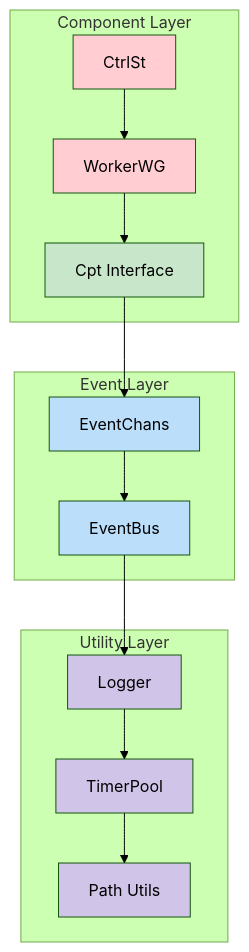
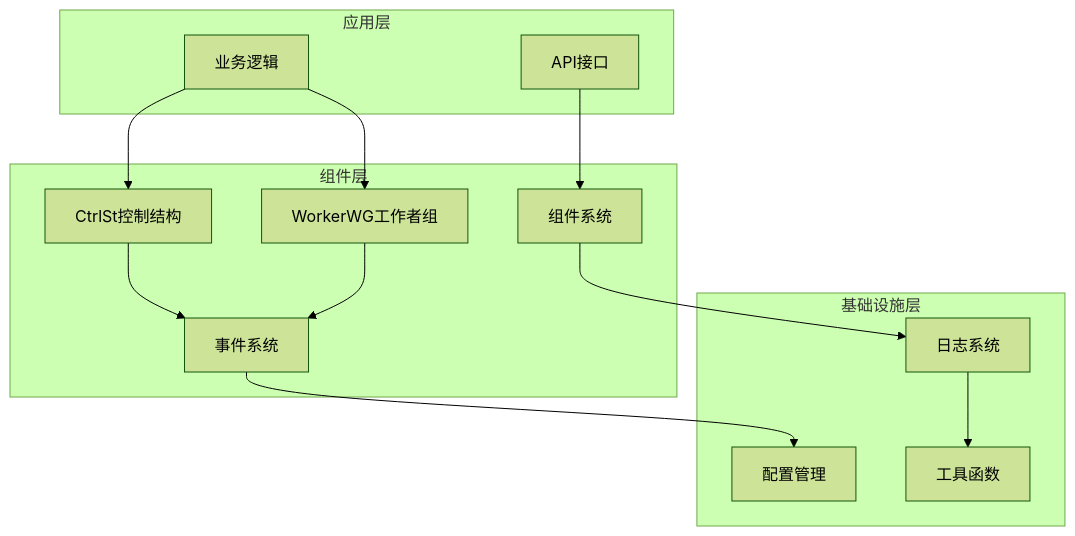
One commit to AdaMartin18010/common changed the second of 6 diagrams in GOLANG_COMMON_ARCHITECTURE_ANALYSIS_2025.md. Above: the diagram before and after it, drawn with Mermaid (forest theme). The commit also changed other lines of this file, not shown here.

````diff
--- a/GOLANG_COMMON_ARCHITECTURE_ANALYSIS_2025.md
+++ b/GOLANG_COMMON_ARCHITECTURE_ANALYSIS_2025.md
@@ -218,36 +249,29 @@
 ```mermaid
 graph TB
-    subgraph "Component Layer"
-        A[CtrlSt]
-        B[WorkerWG]
-        C[Cpt Interface]
+    subgraph "应用层"
+        A1[业务逻辑]
+        A2[API接口]
     end
     
-    subgraph "Event Layer"
-        D[EventChans]
-        E[EventBus]
+    subgraph "组件层"
+        B1[CtrlSt控制结构]
+        B2[WorkerWG工作者组]
+        B3[组件系统]
+        B4[事件系统]
     end
     
-    subgraph "Utility Layer"
-        F[Logger]
-        G[TimerPool]
-        H[Path Utils]
+    subgraph "基础设施层"
+        C1[日志系统]
+        C2[配置管理]
+        C3[工具函数]
     end
     
-    A --> B
-    B --> C
-    C --> D
-    D --> E
-    E --> F
-    F --> G
-    G --> H
-    
-    style A fill:#ffcdd2
-    style B fill:#ffcdd2
-    style C fill:#c8e6c9
-    style D fill:#bbdefb
-    style E fill:#bbdefb
-    style F fill:#d1c4e9
-    style G fill:#d1c4e9
-    style H fill:#d1c4e9
+    A1 --> B1
+    A1 --> B2
+    A2 --> B3
+    B1 --> B4
+    B2 --> B4
+    B3 --> C1
+    B4 --> C2
+    C1 --> C3
 ```
````
